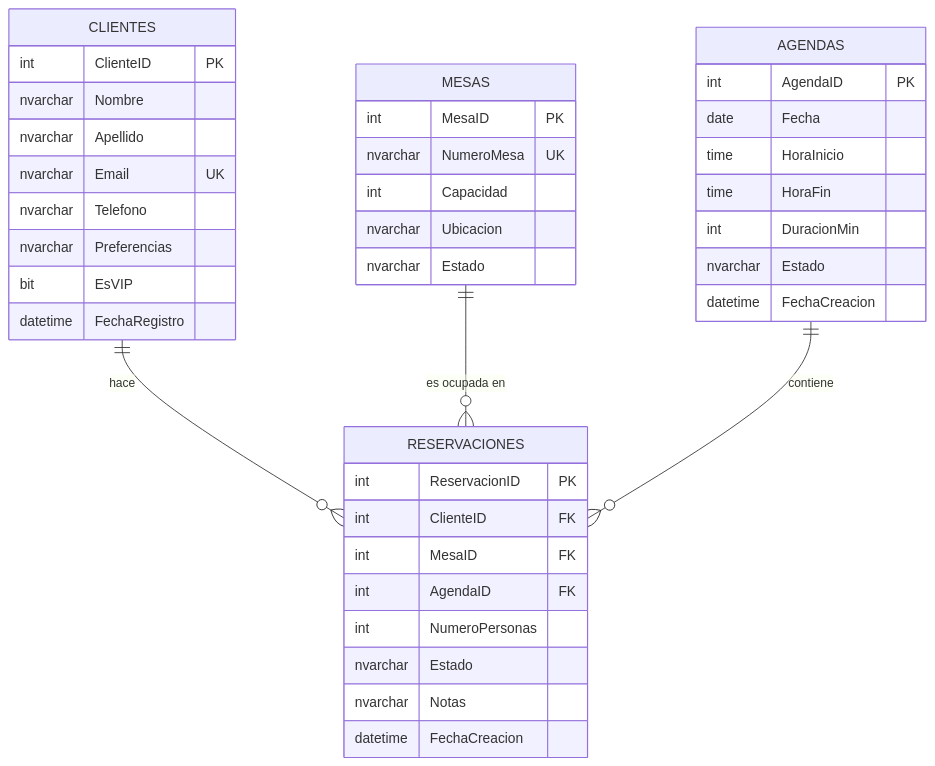
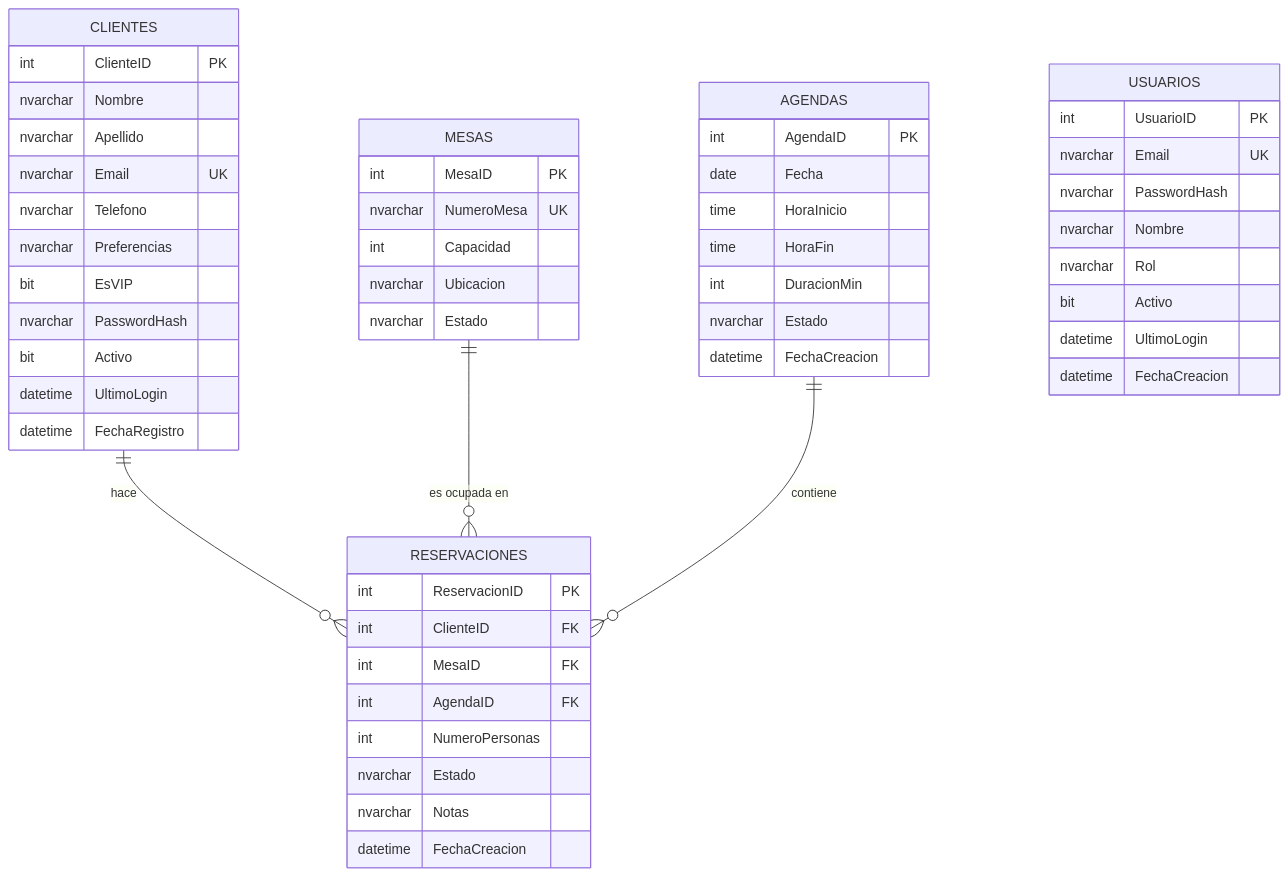
The diagram in docs/ERD.md (Javiersan237/Restaurant-Page-with_DB), drawn with Mermaid before and after one commit. The commit also changed other lines of this file and 7 other files, not shown here.

````diff
--- a/docs/ERD.md
+++ b/docs/ERD.md
@@ -7,46 +7,60 @@
 ```mermaid
 erDiagram
     CLIENTES ||--o{ RESERVACIONES : "hace"
     MESAS    ||--o{ RESERVACIONES : "es ocupada en"
     AGENDAS  ||--o{ RESERVACIONES : "contiene"
 
     CLIENTES {
         int ClienteID PK
         nvarchar Nombre
         nvarchar Apellido
         nvarchar Email UK
         nvarchar Telefono
         nvarchar Preferencias
         bit EsVIP
+        nvarchar PasswordHash
+        bit Activo
+        datetime UltimoLogin
         datetime FechaRegistro
+    }
+
+    USUARIOS {
+        int UsuarioID PK
+        nvarchar Email UK
+        nvarchar PasswordHash
+        nvarchar Nombre
+        nvarchar Rol
+        bit Activo
+        datetime UltimoLogin
+        datetime FechaCreacion
     }
 
     MESAS {
         int MesaID PK
         nvarchar NumeroMesa UK
         int Capacidad
         nvarchar Ubicacion
         nvarchar Estado
     }
 
     AGENDAS {
         int AgendaID PK
         date Fecha
         time HoraInicio
         time HoraFin
         int DuracionMin
         nvarchar Estado
         datetime FechaCreacion
     }
 
     RESERVACIONES {
         int ReservacionID PK
         int ClienteID FK
         int MesaID FK
         int AgendaID FK
         int NumeroPersonas
         nvarchar Estado
         nvarchar Notas
         datetime FechaCreacion
     }
 ```
````
